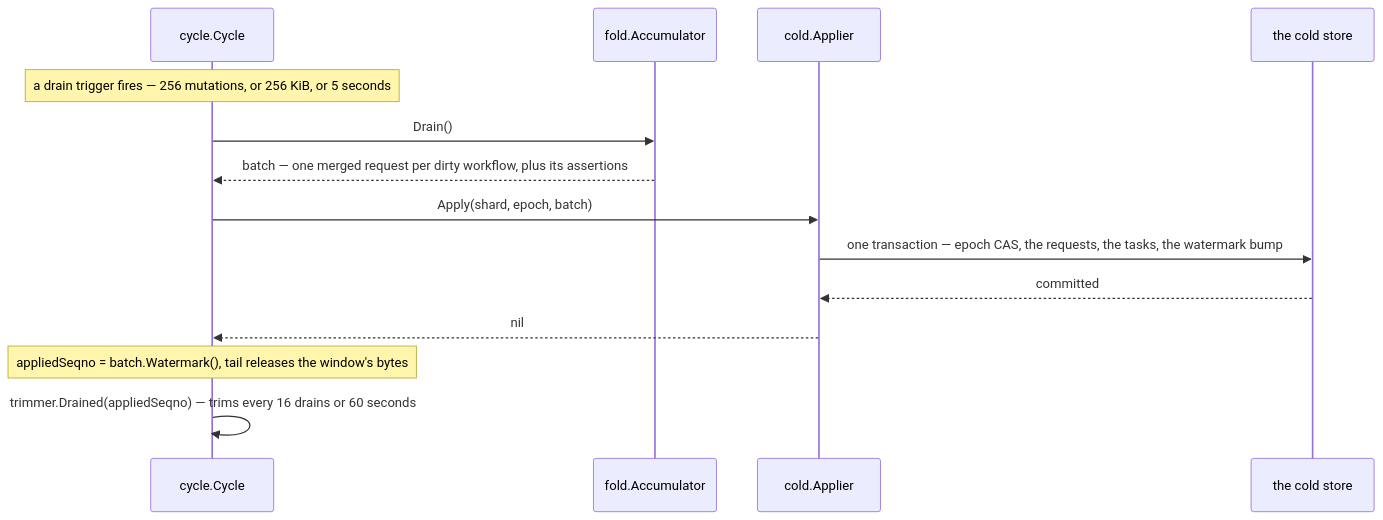
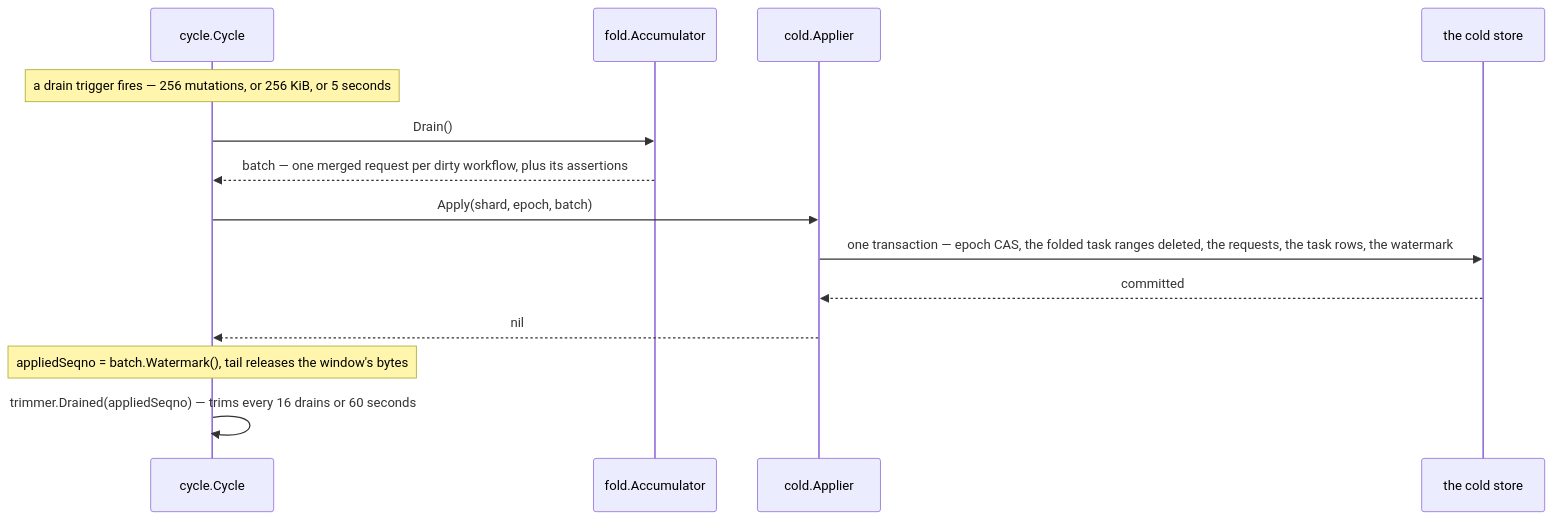
One commit to aromanovich/waltz changed the second of 10 diagrams in docs/handbook/05-write-path.md. Above: the diagram before and after it, drawn with Mermaid. The commit also changed other lines of this file and 15 other files, not shown here.

````diff
--- a/docs/handbook/05-write-path.md
+++ b/docs/handbook/05-write-path.md
@@ -126,17 +129,17 @@
 ```mermaid
 sequenceDiagram
   participant CY as cycle.Cycle
   participant ACC as fold.Accumulator
   participant AP as cold.Applier
   participant CS as the cold store
 
   Note over CY: a drain trigger fires — 256 mutations, or 256 KiB, or 5 seconds
   CY->>ACC: Drain()
   ACC-->>CY: batch — one merged request per dirty workflow, plus its assertions
   CY->>AP: Apply(shard, epoch, batch)
-  AP->>CS: one transaction — epoch CAS, the requests, the tasks, the watermark bump
+  AP->>CS: one transaction — epoch CAS, the folded task ranges deleted, the requests, the task rows, the watermark
   CS-->>AP: committed
   AP-->>CY: nil
   Note over CY: appliedSeqno = batch.Watermark(), tail releases the window's bytes
   CY->>CY: trimmer.Drained(appliedSeqno) — trims every 16 drains or 60 seconds
 ```
````
